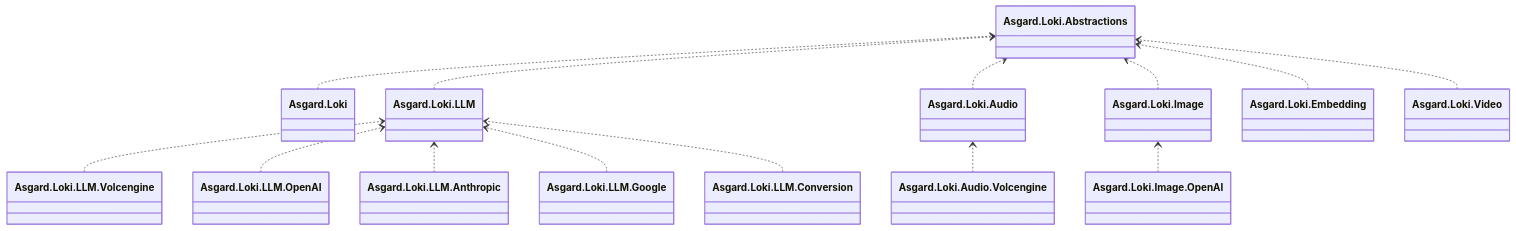
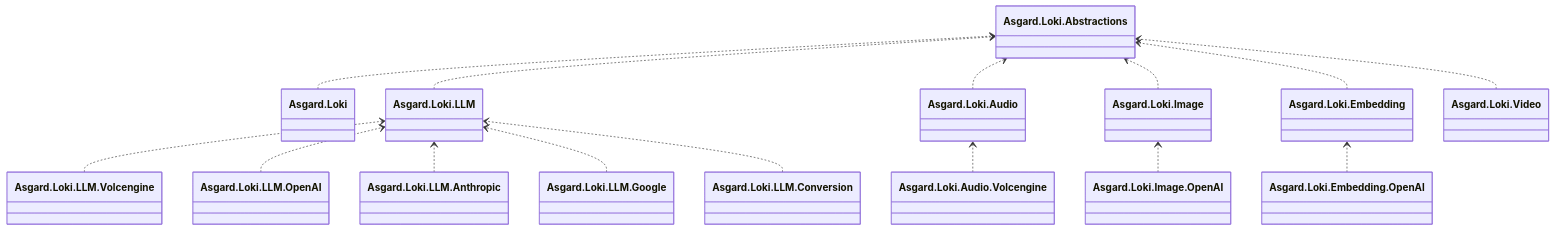
One commit to BenLampson/Asgard.Loki changed the first of 15 diagrams in docs/architecture.md. Above: the diagram before and after it, drawn with Mermaid. The commit also changed other lines of this file and 25 other files, not shown here.

Commit message:
feat(embedding): add native OpenAI provider

````diff
--- a/docs/architecture.md
+++ b/docs/architecture.md
@@ -9,31 +9,33 @@
 ```mermaid
 classDiagram
 direction BT
 class Abstractions["Asgard.Loki.Abstractions"]
 class Client["Asgard.Loki"]
 class LLM["Asgard.Loki.LLM"]
 class Audio["Asgard.Loki.Audio"]
 class Image["Asgard.Loki.Image"]
 class Embedding["Asgard.Loki.Embedding"]
+class OpenAIEmbedding["Asgard.Loki.Embedding.OpenAI"]
 class Video["Asgard.Loki.Video"]
 class Ark["Asgard.Loki.LLM.Volcengine"]
 class OpenAILLM["Asgard.Loki.LLM.OpenAI"]
 class AnthropicLLM["Asgard.Loki.LLM.Anthropic"]
 class GoogleLLM["Asgard.Loki.LLM.Google"]
 class Conversion["Asgard.Loki.LLM.Conversion"]
 class Speech["Asgard.Loki.Audio.Volcengine"]
 class OpenAIImage["Asgard.Loki.Image.OpenAI"]
 Client ..> Abstractions
 LLM ..> Abstractions
 Audio ..> Abstractions
 Image ..> Abstractions
 Embedding ..> Abstractions
+OpenAIEmbedding ..> Embedding
 Video ..> Abstractions
 Ark ..> LLM
 OpenAILLM ..> LLM
 AnthropicLLM ..> LLM
 GoogleLLM ..> LLM
 Conversion ..> LLM
 Speech ..> Audio
 OpenAIImage ..> Image
 ```
````
